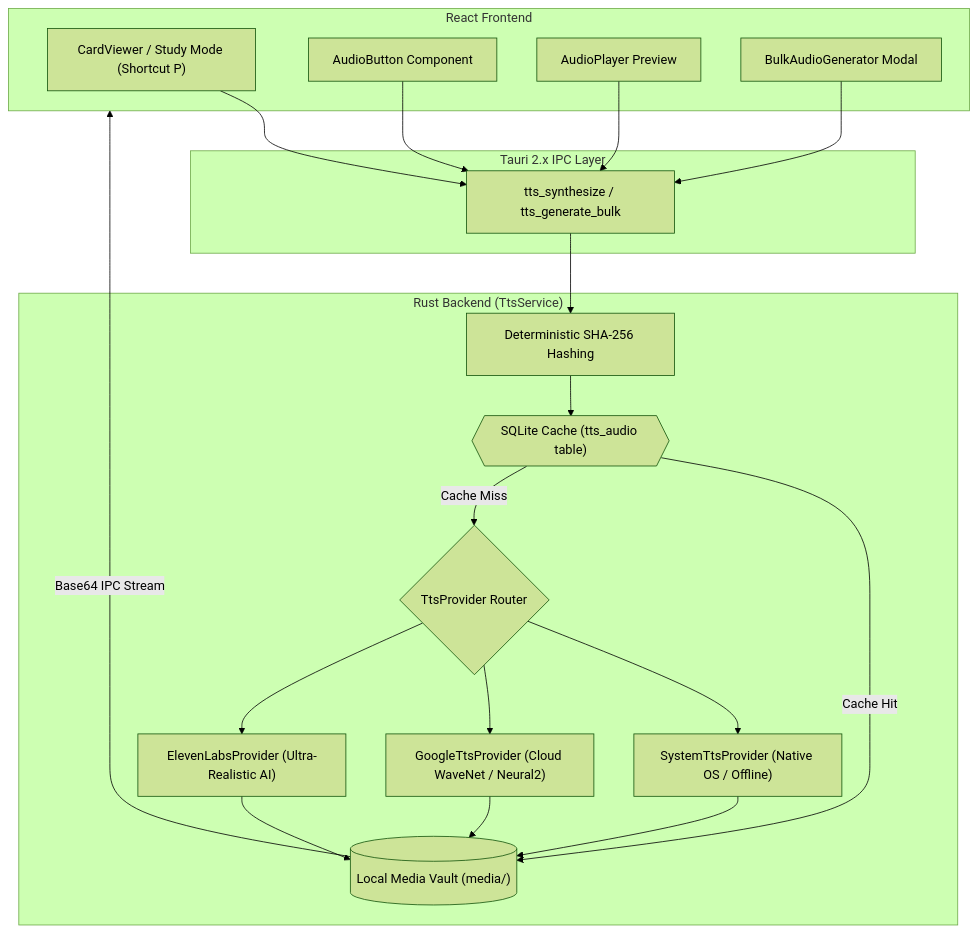
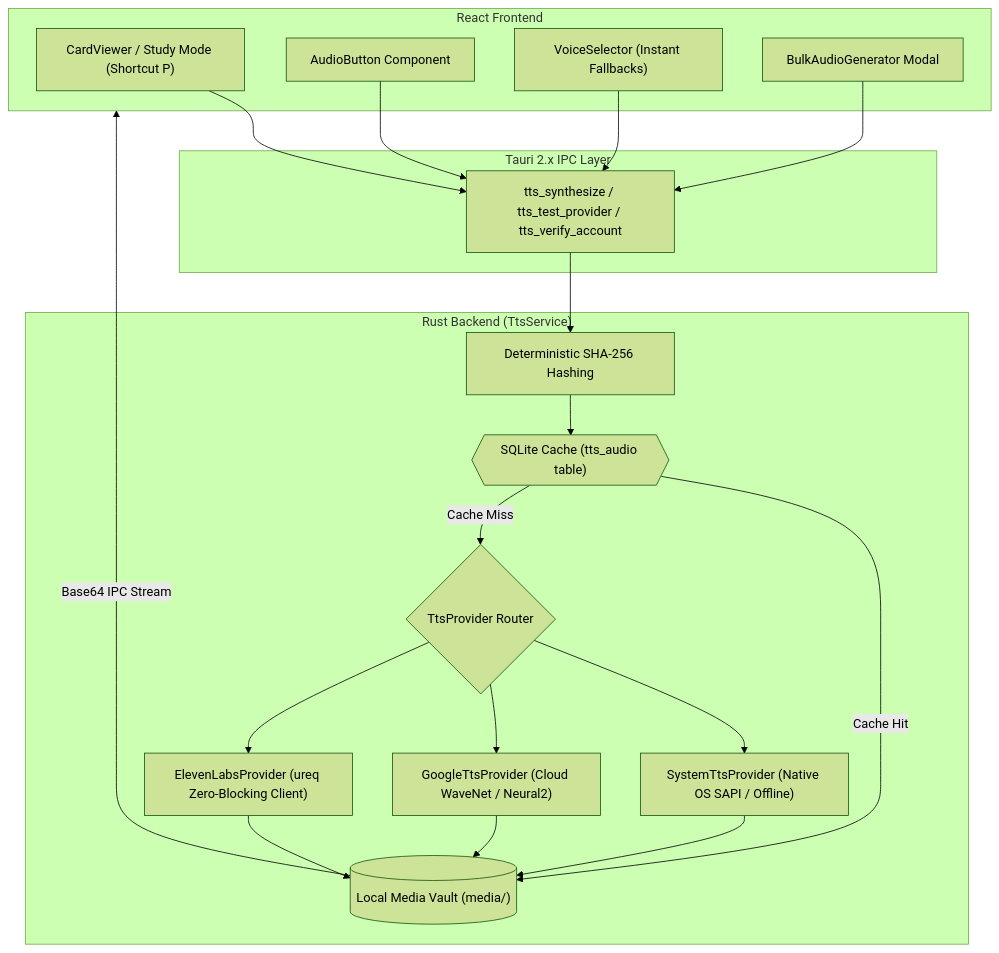
One commit to Omar-b381/Lisan-Intelligent-Personal-Learning-OS changed the first of 2 diagrams in README.md. Above: the diagram before and after it, drawn with Mermaid (forest theme). The commit also changed other lines of this file, not shown here.

Commit message:
docs: update README with comprehensive ElevenLabs integration, zero-blocking architecture, and diagnostics

````diff
--- a/README.md
+++ b/README.md
@@ -99,38 +102,38 @@
 ```mermaid
 flowchart TD
     subgraph Frontend["React Frontend"]
         CardViewer["CardViewer / Study Mode (Shortcut P)"]
         AudioBtn["AudioButton Component"]
-        AudioPlayer["AudioPlayer Preview"]
+        VoiceSelect["VoiceSelector (Instant Fallbacks)"]
         BulkGen["BulkAudioGenerator Modal"]
     end
 
     subgraph IPC["Tauri 2.x IPC Layer"]
-        Commands["tts_synthesize / tts_generate_bulk"]
+        Commands["tts_synthesize / tts_test_provider / tts_verify_account"]
     end
 
     subgraph Backend["Rust Backend (TtsService)"]
         CacheKey["Deterministic SHA-256 Hashing"]
         SQLiteCache{{"SQLite Cache (tts_audio table)"}}
         MediaVault[("Local Media Vault (media/)")]
         
         Router{"TtsProvider Router"}
-        SystemTTS["SystemTtsProvider (Native OS / Offline)"]
+        SystemTTS["SystemTtsProvider (Native OS SAPI / Offline)"]
         GoogleTTS["GoogleTtsProvider (Cloud WaveNet / Neural2)"]
-        ElevenLabs["ElevenLabsProvider (Ultra-Realistic AI)"]
+        ElevenLabs["ElevenLabsProvider (ureq Zero-Blocking Client)"]
     end
 
-    CardViewer & AudioBtn & AudioPlayer & BulkGen --> Commands
+    CardViewer & AudioBtn & VoiceSelect & BulkGen --> Commands
     Commands --> CacheKey
     CacheKey --> SQLiteCache
     
     SQLiteCache -->|Cache Hit| MediaVault
     SQLiteCache -->|Cache Miss| Router
     
     Router --> SystemTTS
     Router --> GoogleTTS
     Router --> ElevenLabs
     
     SystemTTS & GoogleTTS & ElevenLabs --> MediaVault
     MediaVault -->|Base64 IPC Stream| Frontend
 ```
````
